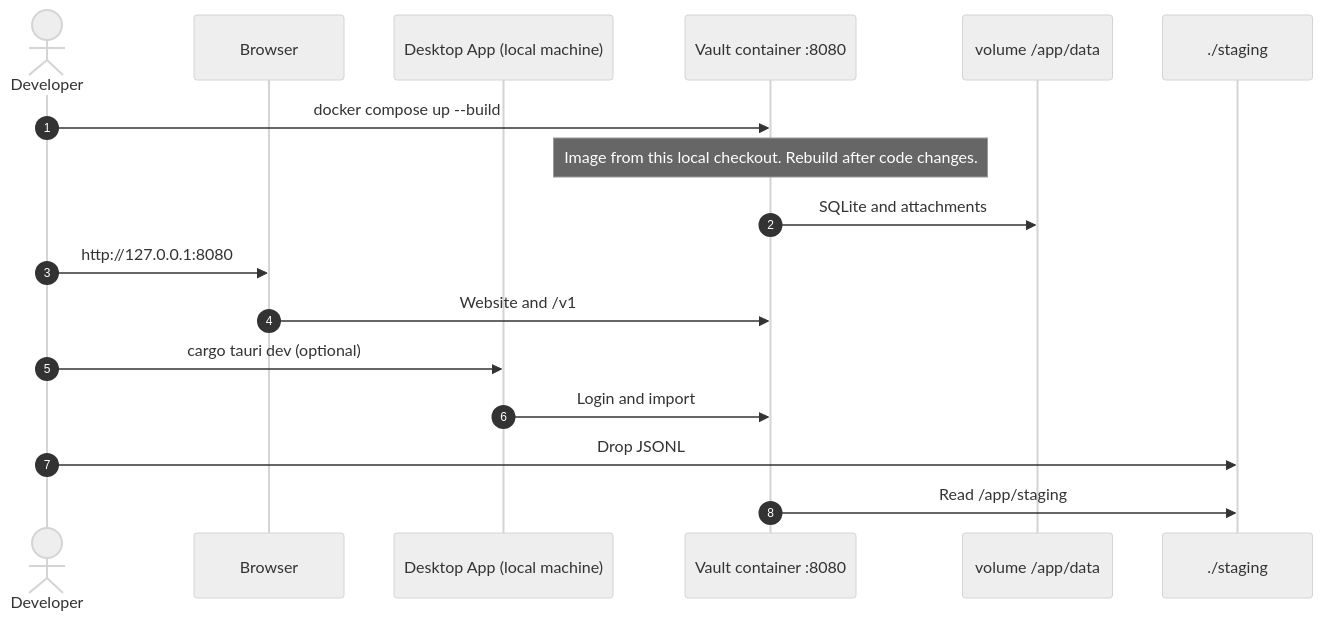
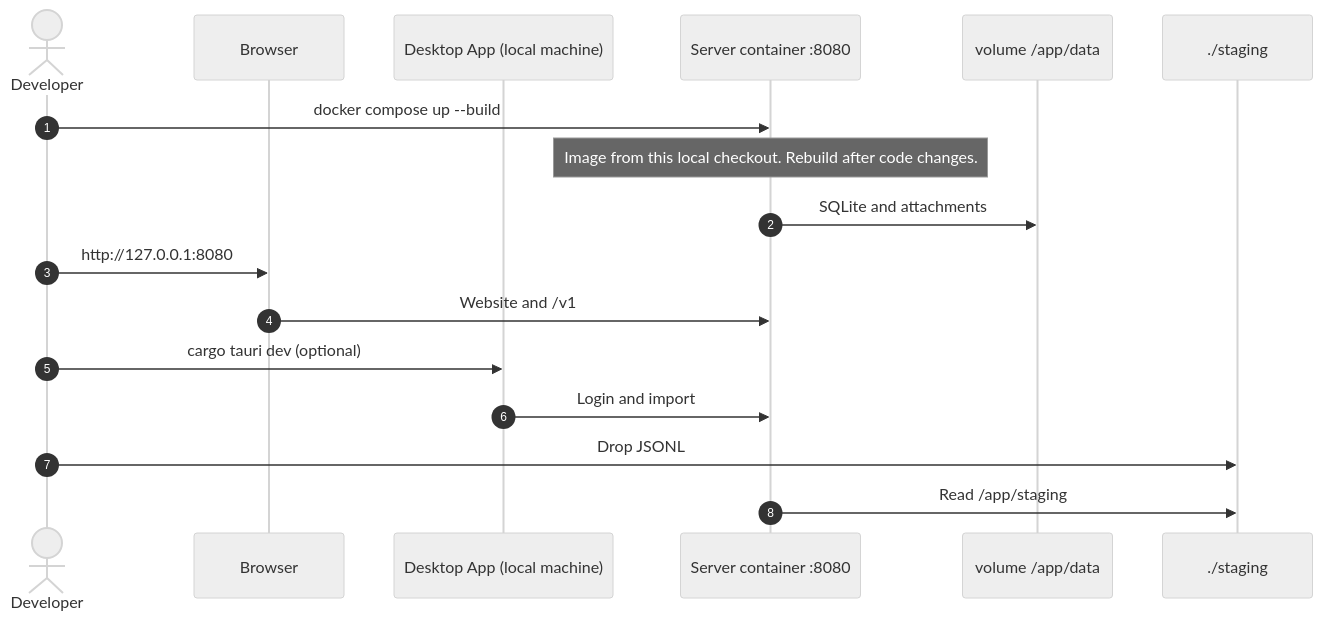
Before and after one commit to bitrealm-io/message-vault: the diagram in docs/src/content/docs/docs/developer/docker.md, drawn with Mermaid (neutral theme). The commit also changed other lines of this file and 212 other files, not shown here.

````diff
--- a/docs/src/content/docs/docs/developer/docker.md
+++ b/docs/src/content/docs/docs/developer/docker.md
@@ -129,20 +129,20 @@
 ```mermaid
 sequenceDiagram
     autonumber
     actor Dev as Developer
     participant Browser
     participant App as Desktop App (local machine)
-    participant Vault as Vault container :8080
+    participant Server as Server container :8080
     participant Data as volume /app/data
     participant Staging as ./staging
 
-    Dev->>Vault: docker compose up --build
-    Note over Vault: Image from this local checkout. Rebuild after code changes.
-    Vault->>Data: SQLite and attachments
+    Dev->>Server: docker compose up --build
+    Note over Server: Image from this local checkout. Rebuild after code changes.
+    Server->>Data: SQLite and attachments
     Dev->>Browser: http://127.0.0.1:8080
-    Browser->>Vault: Website and /v1
+    Browser->>Server: Website and /v1
     Dev->>App: cargo tauri dev (optional)
-    App->>Vault: Login and import
+    App->>Server: Login and import
     Dev->>Staging: Drop JSONL
-    Vault->>Staging: Read /app/staging
+    Server->>Staging: Read /app/staging
 ```
````
